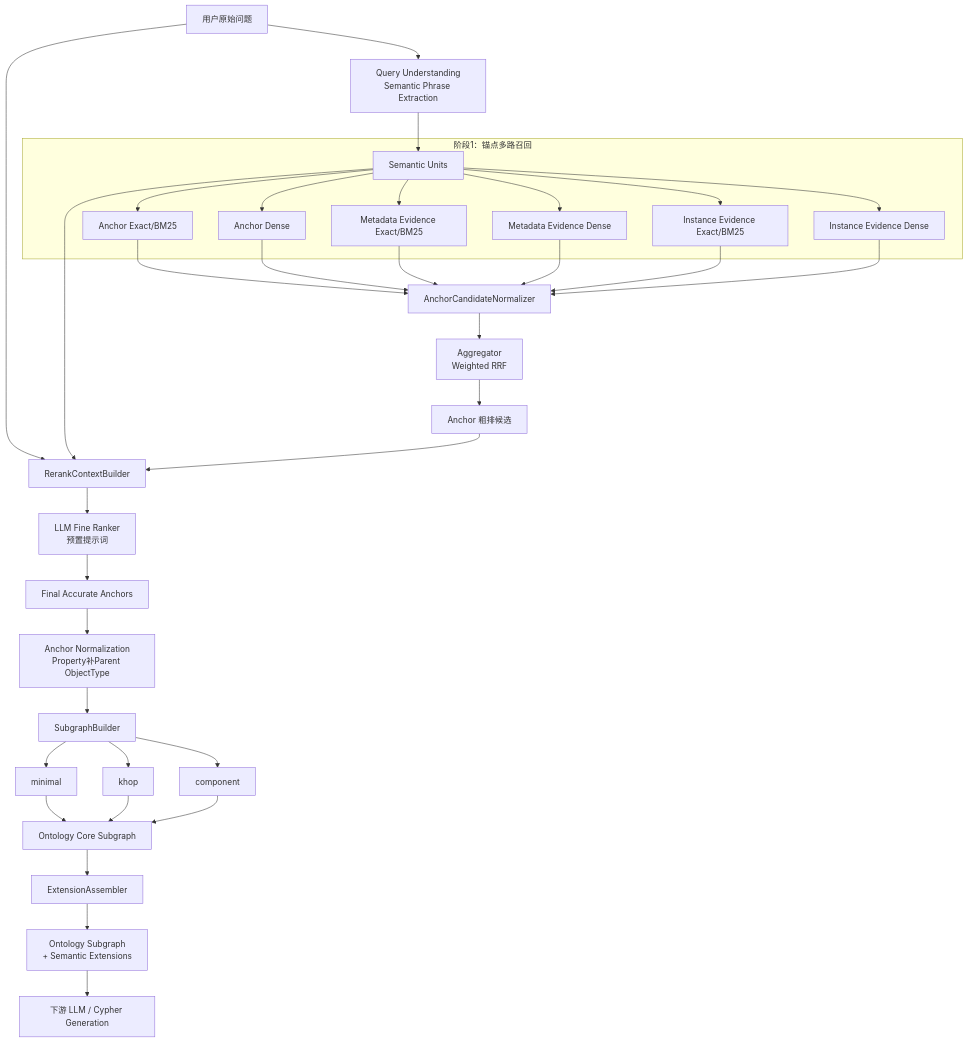
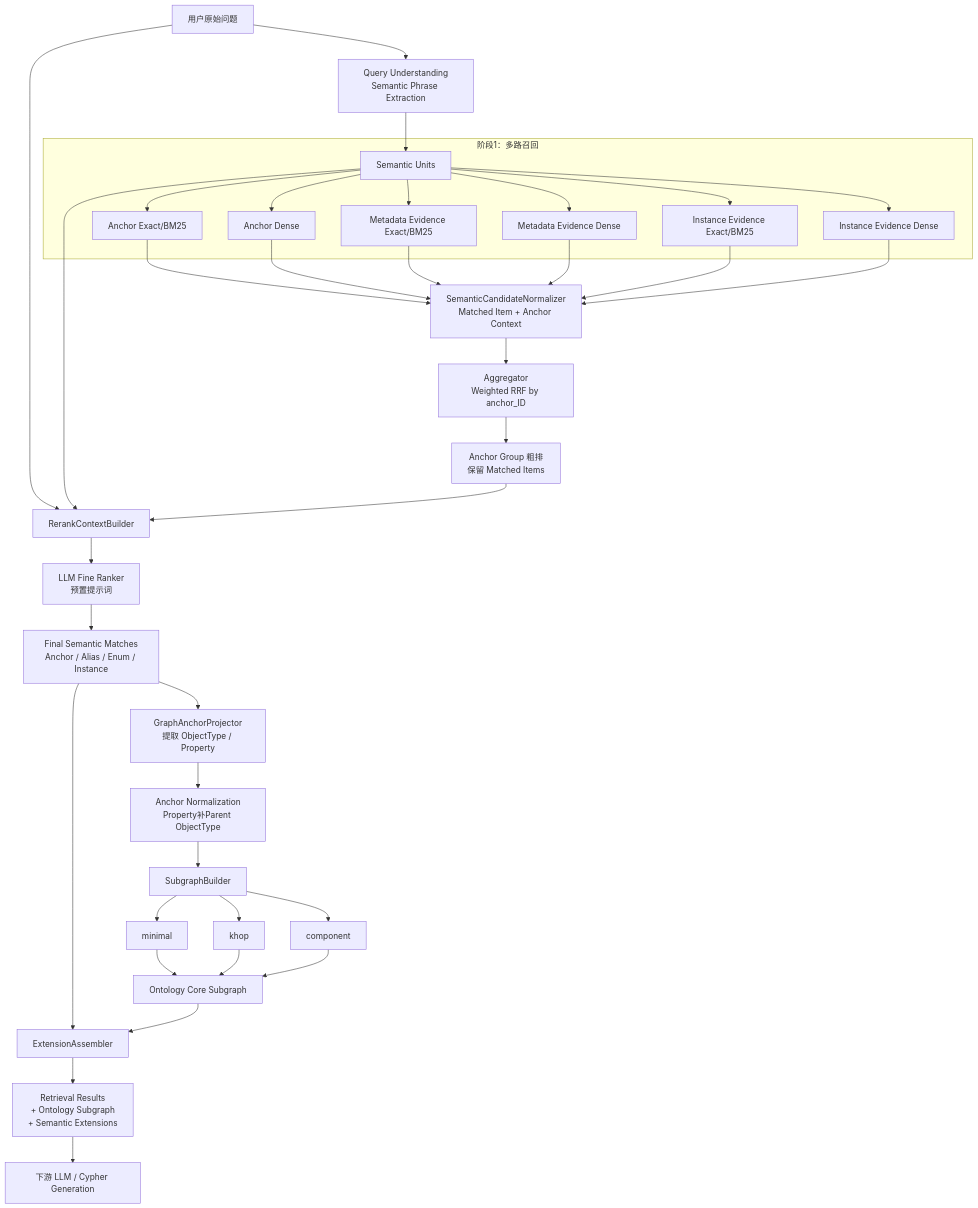
Before and after one commit to cfwl100/onology_dsl: the first of 6 diagrams in docs/OAG本体锚点语义检索与向量索引设计方案.md, drawn with Mermaid. The commit also changed other lines of this file, not shown here.

````diff
--- a/docs/OAG本体锚点语义检索与向量索引设计方案.md
+++ b/docs/OAG本体锚点语义检索与向量索引设计方案.md
@@ -58,46 +132,47 @@
 ```mermaid
 flowchart TD
     Q[用户原始问题] --> QU[Query Understanding<br/>Semantic Phrase Extraction]
-
     QU --> U[Semantic Units]
 
-    subgraph RET[阶段1：锚点多路召回]
+    subgraph RET[阶段1：多路召回]
       U --> AE[Anchor Exact/BM25]
       U --> AV[Anchor Dense]
       U --> ME[Metadata Evidence Exact/BM25]
       U --> MV[Metadata Evidence Dense]
       U --> IE[Instance Evidence Exact/BM25]
       U --> IV[Instance Evidence Dense]
     end
 
-    AE --> N[AnchorCandidateNormalizer]
+    AE --> N[SemanticCandidateNormalizer<br/>Matched Item + Anchor Context]
     AV --> N
     ME --> N
     MV --> N
     IE --> N
     IV --> N
 
-    N --> RRF[Aggregator<br/>Weighted RRF]
-    RRF --> COARSE[Anchor 粗排候选]
+    N --> RRF[Aggregator<br/>Weighted RRF by anchor_ID]
+    RRF --> COARSE[Anchor Group 粗排<br/>保留 Matched Items]
 
     Q --> RC[RerankContextBuilder]
     U --> RC
     COARSE --> RC
     RC --> LLM[LLM Fine Ranker<br/>预置提示词]
-    LLM --> FINAL[Final Accurate Anchors]
+    LLM --> MATCH[Final Semantic Matches<br/>Anchor / Alias / Enum / Instance]
 
-    FINAL --> AN[Anchor Normalization<br/>Property补Parent ObjectType]
+    MATCH --> AP[GraphAnchorProjector<br/>提取 ObjectType / Property]
+    AP --> AN[Anchor Normalization<br/>Property补Parent ObjectType]
     AN --> SG[SubgraphBuilder]
 
     SG --> MIN[minimal]
     SG --> KH[khop]
     SG --> CMP[component]
 
     MIN --> CORE[Ontology Core Subgraph]
     KH --> CORE
     CMP --> CORE
 
-    CORE --> EXT[ExtensionAssembler]
-    EXT --> OUT[Ontology Subgraph<br/>+ Semantic Extensions]
+    MATCH --> EXT[ExtensionAssembler]
+    CORE --> EXT
+    EXT --> OUT[Retrieval Results<br/>+ Ontology Subgraph<br/>+ Semantic Extensions]
     OUT --> CYPHER[下游 LLM / Cypher Generation]
 ```
````
